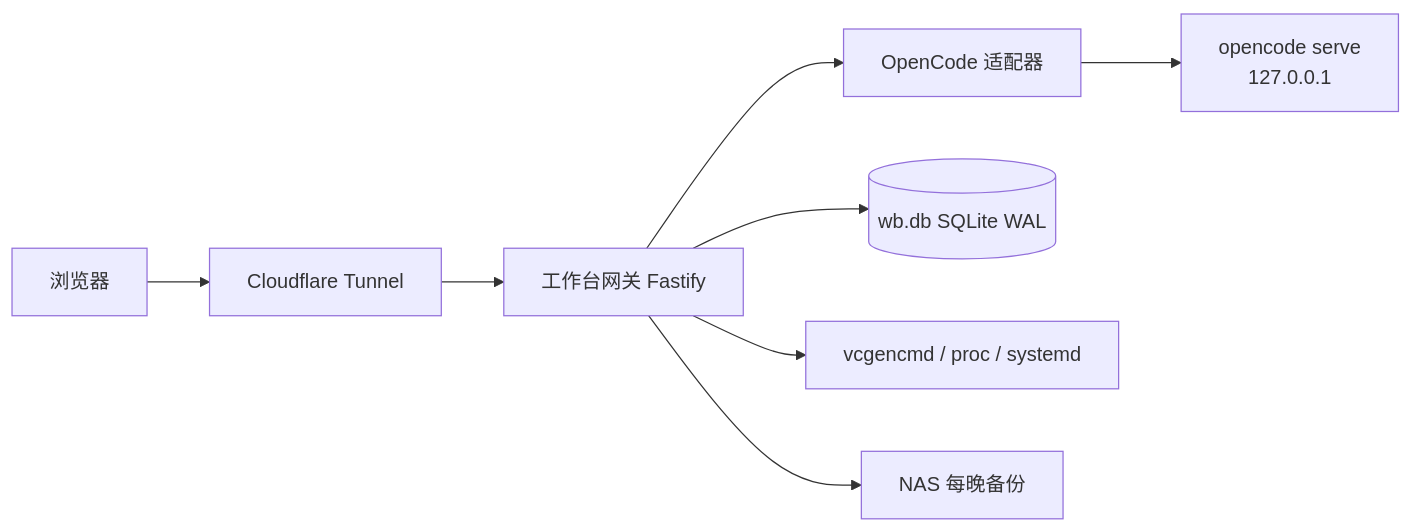
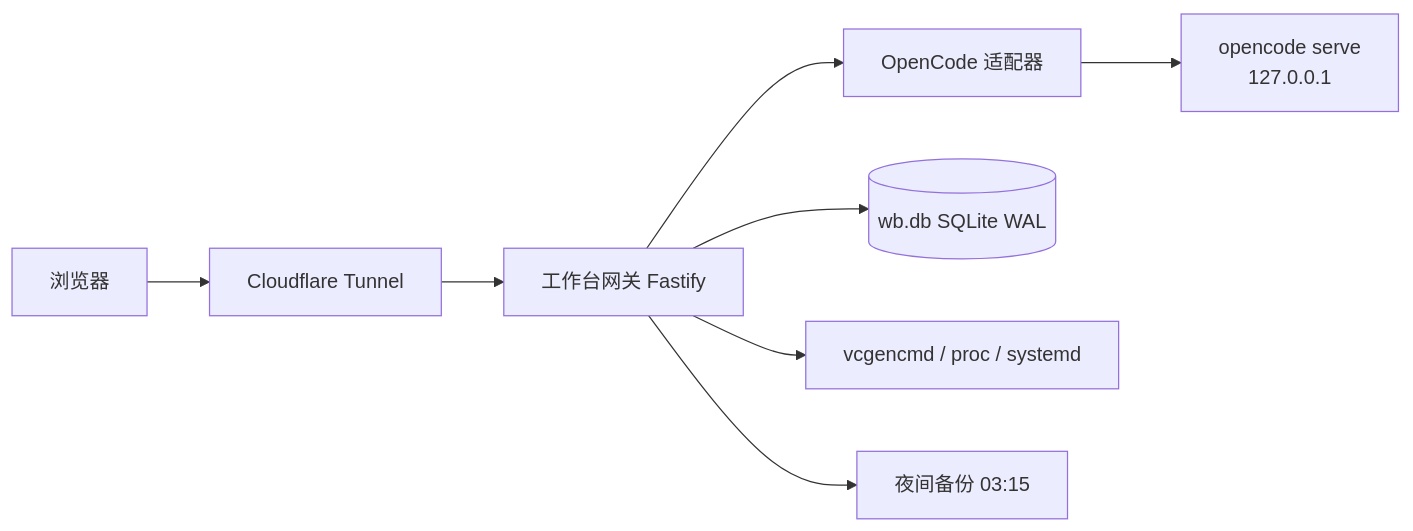
Before and after one commit to antifield26/PiForge: the diagram in README.md, drawn with Mermaid. The commit also changed other lines of this file and 6 other files, not shown here.

First line of the commit message:
docs: rewrite architecture, guides and changelog to match the deployed system

````diff
--- a/README.md
+++ b/README.md
@@ -15,10 +15,10 @@
 ```mermaid
 flowchart LR
   U[浏览器] --> CF[Cloudflare Tunnel]
   CF --> GW[工作台网关 Fastify]
   GW --> ADPT[OpenCode 适配器]
   ADPT --> OC[opencode serve\n127.0.0.1]
   GW --> DB[(wb.db SQLite WAL)]
   GW --> HOST[vcgencmd / proc / systemd]
-  GW --> NAS[NAS 每晚备份]
+  GW --> BK[夜间备份 03:15]
 ```
````
